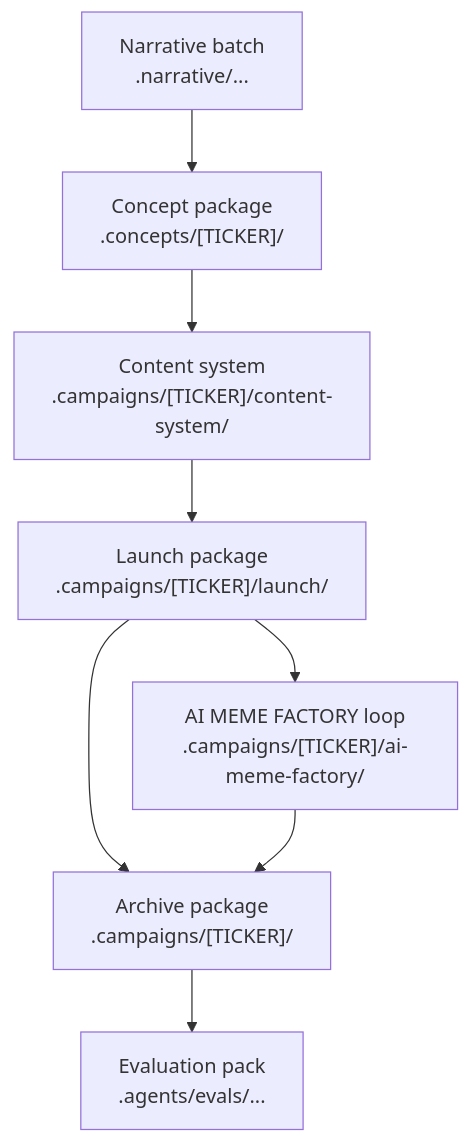
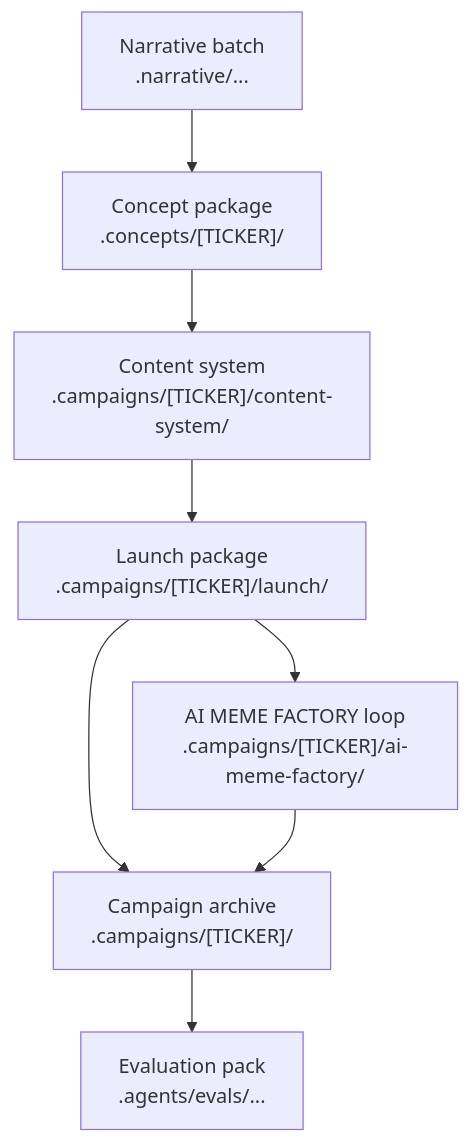
Before and after one commit to 0xchalker/mintlify-docs: the second of 2 diagrams in docs/stages/overview.mdx, drawn with Mermaid. The commit also changed other lines of this file and 1 other file, not shown here.

````diff
--- a/docs/stages/overview.mdx
+++ b/docs/stages/overview.mdx
@@ -38,10 +103,10 @@
 ```mermaid
 flowchart TD
     N["Narrative batch<br/>.narrative/..."] --> C["Concept package<br/>.concepts/[TICKER]/"]
     C --> S["Content system<br/>.campaigns/[TICKER]/content-system/"]
     S --> L["Launch package<br/>.campaigns/[TICKER]/launch/"]
-    L --> A["Archive package<br/>.campaigns/[TICKER]/"]
+    L --> A["Campaign archive<br/>.campaigns/[TICKER]/"]
     L --> M["AI MEME FACTORY loop<br/>.campaigns/[TICKER]/ai-meme-factory/"]
     M --> A
     A --> E["Evaluation pack<br/>.agents/evals/..."]
 ```
````
